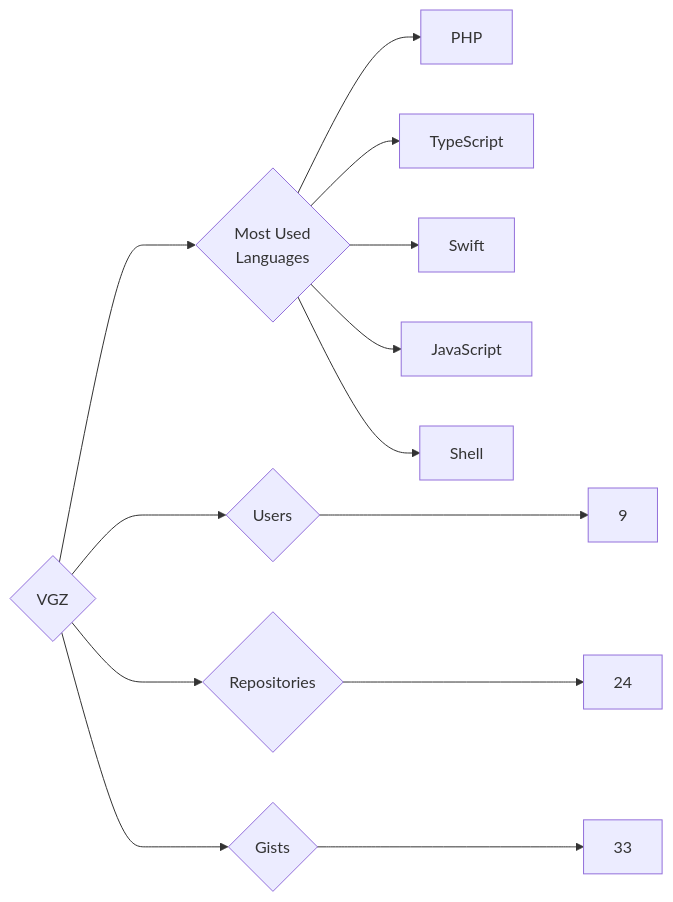
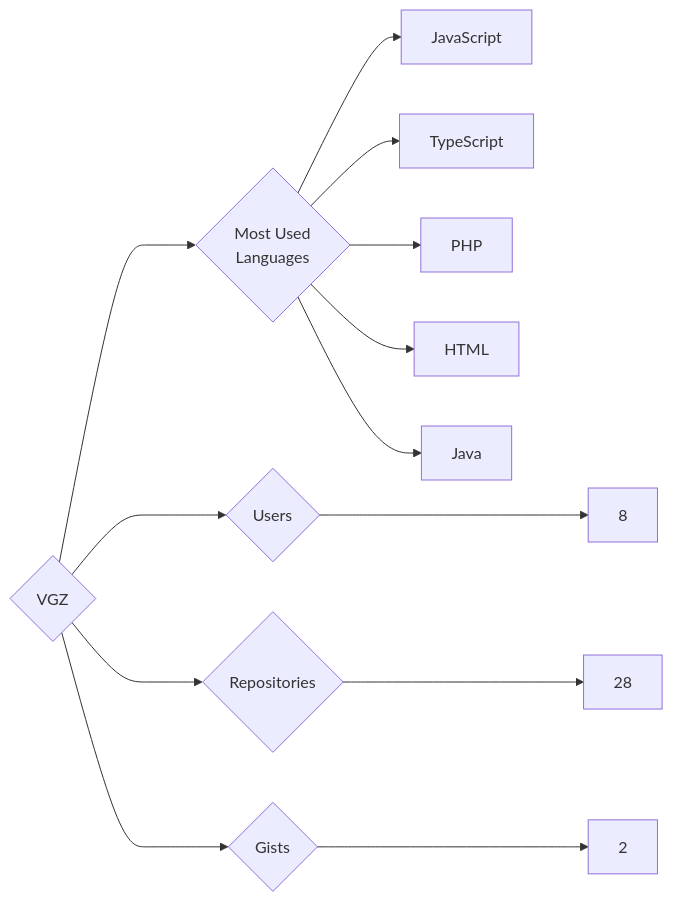
The diagram in targets/VGZ/README.md (trickest/insiders), drawn with Mermaid before and after one commit. The commit also changed 796 other files, not shown here.

````diff
--- a/targets/VGZ/README.md
+++ b/targets/VGZ/README.md
@@ -3,13 +3,13 @@
 ```mermaid
 graph LR
 COMPANY_NAME{VGZ}
-COMPANY_NAME ---> U{Users} ---> UN[9]
-COMPANY_NAME ---> R{Repositories} ---> RN[24]
-COMPANY_NAME ---> G{Gists} ---> GN[33]
+COMPANY_NAME ---> U{Users} ---> UN[8]
+COMPANY_NAME ---> R{Repositories} ---> RN[28]
+COMPANY_NAME ---> G{Gists} ---> GN[2]
 COMPANY_NAME ---> ML{Most Used<br>Languages}
+ML --> JavaScript[JavaScript]
+ML --> TypeScript[TypeScript]
 ML --> PHP[PHP]
-ML --> TypeScript[TypeScript]
-ML --> Swift[Swift]
-ML --> JavaScript[JavaScript]
-ML --> Shell[Shell]
+ML --> HTML[HTML]
+ML --> Java[Java]
 ```
````
